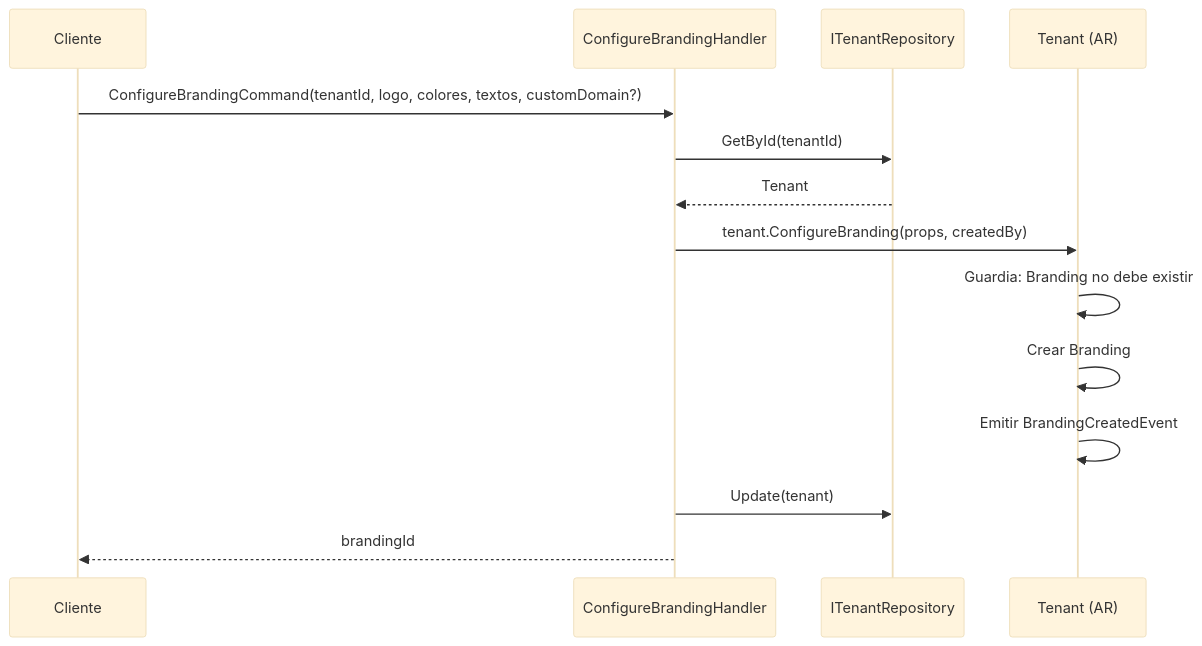
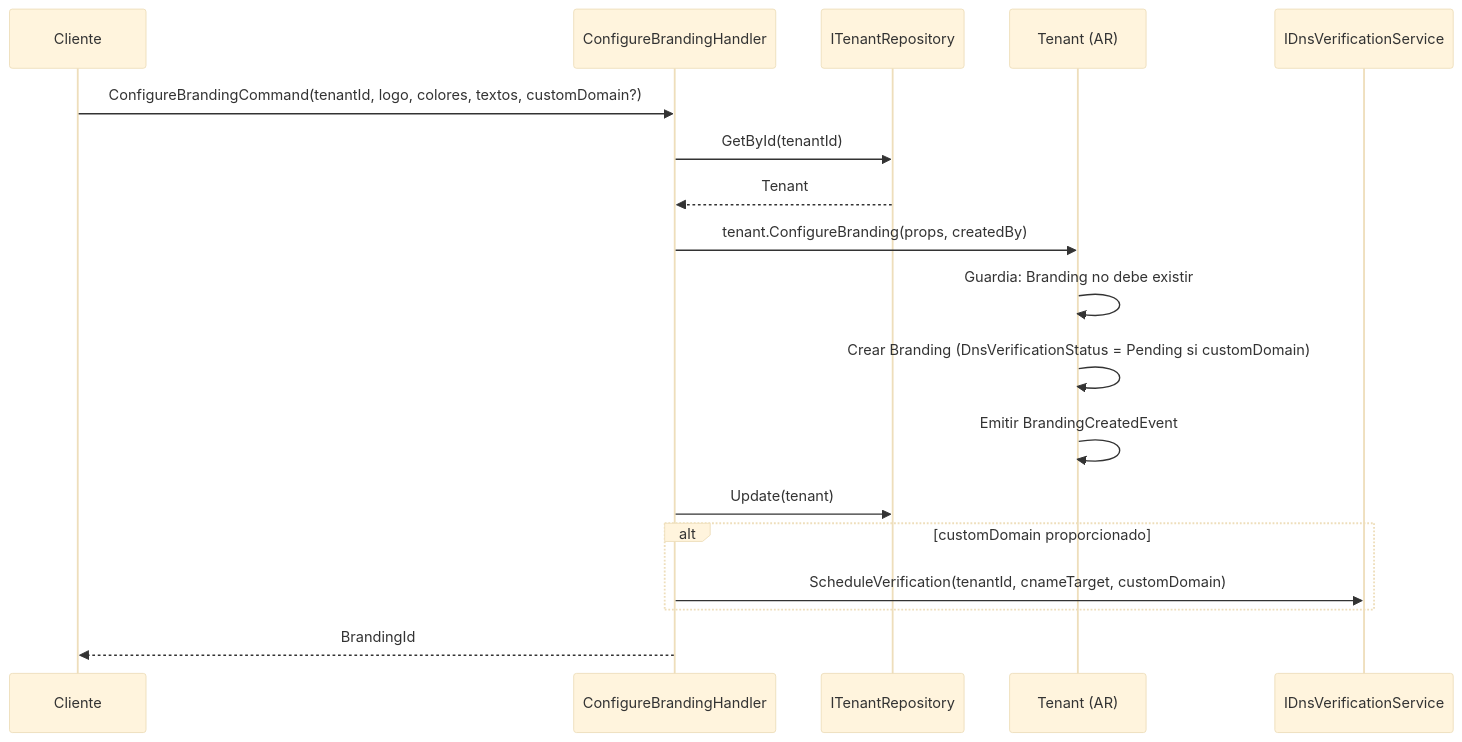
The fifth of 10 diagrams in docs/domain-es/identity/tenant.md (beyondnetcode/ums), drawn with Mermaid (base theme) before and after one commit. The commit also changed other lines of this file and 19 other files, not shown here.

````diff
--- a/docs/domain-es/identity/tenant.md
+++ b/docs/domain-es/identity/tenant.md
@@ -181,17 +264,21 @@
 ```mermaid
 sequenceDiagram
     participant C as Cliente
     participant H as ConfigureBrandingHandler
     participant R as ITenantRepository
     participant T as Tenant (AR)
+    participant DNS as IDnsVerificationService
 
     C->>H: ConfigureBrandingCommand(tenantId, logo, colores, textos, customDomain?)
     H->>R: GetById(tenantId)
     R-->>H: Tenant
     H->>T: tenant.ConfigureBranding(props, createdBy)
     T->>T: Guardia: Branding no debe existir
-    T->>T: Crear Branding
+    T->>T: Crear Branding (DnsVerificationStatus = Pending si customDomain)
     T->>T: Emitir BrandingCreatedEvent
     H->>R: Update(tenant)
-    H-->>C: brandingId
+    alt customDomain proporcionado
+        H->>DNS: ScheduleVerification(tenantId, cnameTarget, customDomain)
+    end
+    H-->>C: BrandingId
 ```
````
